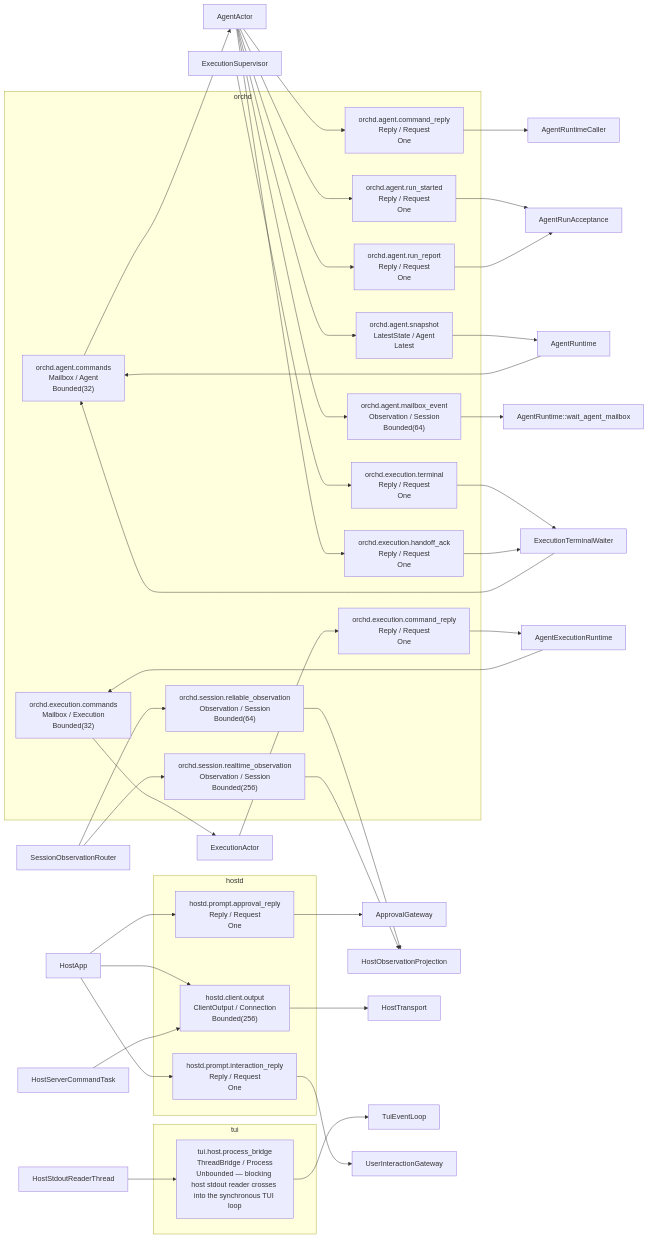
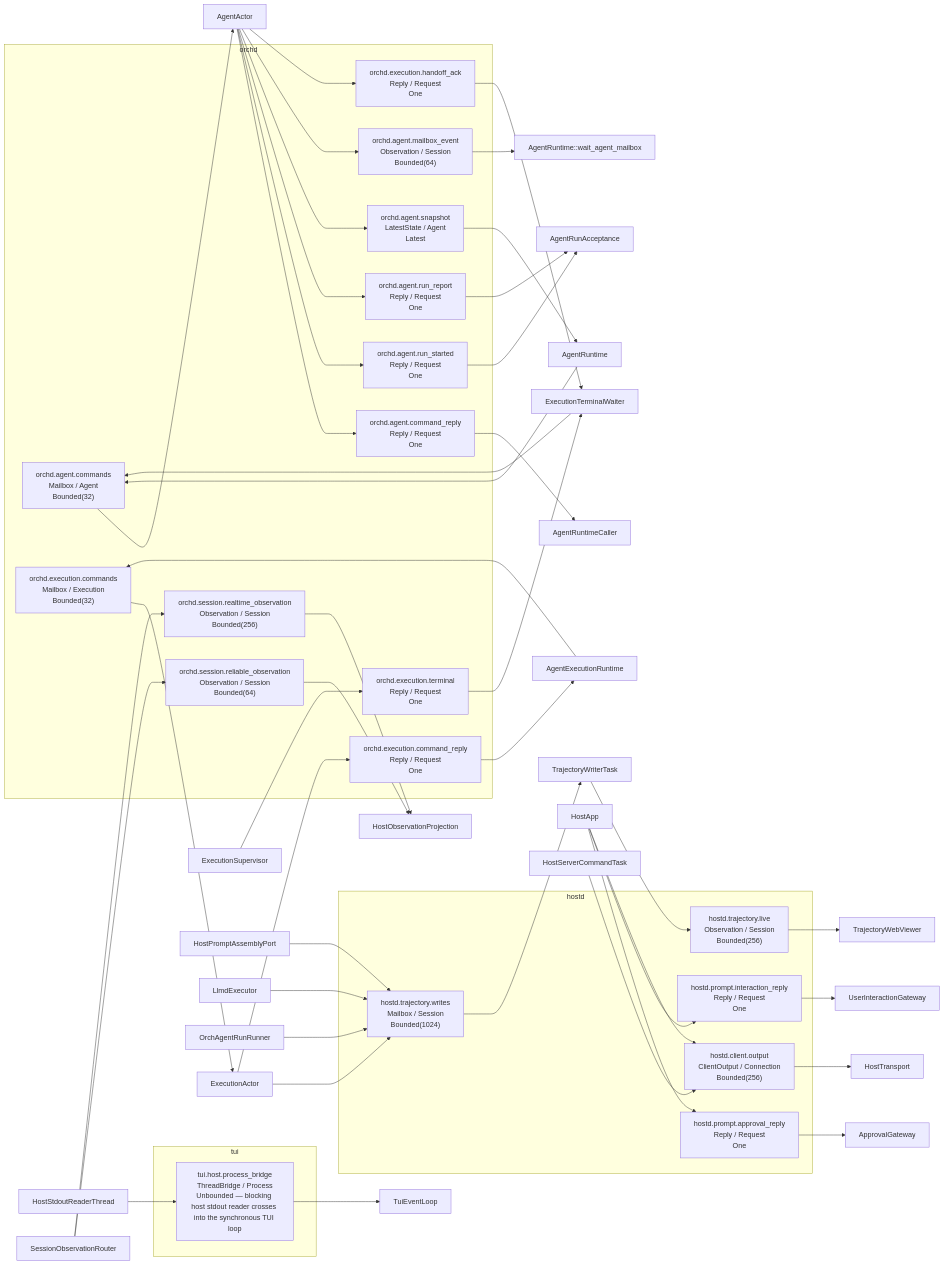
One commit to biuld/piko changed the diagram in docs/generated/communication-topology.md. Above: the diagram before and after it, drawn with Mermaid. The commit also changed 85 other files, not shown here.

First line of the commit message:
feat(hostd,orchd,llmd,tui): durable agent run trajectory with web viewer (F-36/D-49/D-50)

````diff
--- a/docs/generated/communication-topology.md
+++ b/docs/generated/communication-topology.md
@@ -8,6 +8,8 @@
         nhostd_prompt_approval_reply["hostd.prompt.approval_reply<br/>Reply / Request<br/>One"]
         nhostd_prompt_interaction_reply["hostd.prompt.interaction_reply<br/>Reply / Request<br/>One"]
         nhostd_client_output["hostd.client.output<br/>ClientOutput / Connection<br/>Bounded(256)"]
+        nhostd_trajectory_writes["hostd.trajectory.writes<br/>Mailbox / Session<br/>Bounded(1024)"]
+        nhostd_trajectory_live["hostd.trajectory.live<br/>Observation / Session<br/>Bounded(256)"]
     end
     subgraph orchd["orchd"]
         norchd_agent_commands["orchd.agent.commands<br/>Mailbox / Agent<br/>Bounded(32)"]
@@ -38,10 +40,15 @@
     ncomponent_ExecutionTerminalWaiter["ExecutionTerminalWaiter"]
     ncomponent_HostApp["HostApp"]
     ncomponent_HostObservationProjection["HostObservationProjection"]
+    ncomponent_HostPromptAssemblyPort["HostPromptAssemblyPort"]
     ncomponent_HostServerCommandTask["HostServerCommandTask"]
     ncomponent_HostStdoutReaderThread["HostStdoutReaderThread"]
     ncomponent_HostTransport["HostTransport"]
+    ncomponent_LlmdExecutor["LlmdExecutor"]
+    ncomponent_OrchAgentRunRunner["OrchAgentRunRunner"]
     ncomponent_SessionObservationRouter["SessionObservationRouter"]
+    ncomponent_TrajectoryWebViewer["TrajectoryWebViewer"]
+    ncomponent_TrajectoryWriterTask["TrajectoryWriterTask"]
     ncomponent_TuiEventLoop["TuiEventLoop"]
     ncomponent_UserInteractionGateway["UserInteractionGateway"]
     ncomponent_AgentRuntime --> norchd_agent_commands
@@ -78,4 +85,11 @@
     ncomponent_HostApp --> nhostd_client_output
     ncomponent_HostServerCommandTask --> nhostd_client_output
     nhostd_client_output --> ncomponent_HostTransport
+    ncomponent_OrchAgentRunRunner --> nhostd_trajectory_writes
+    ncomponent_LlmdExecutor --> nhostd_trajectory_writes
+    ncomponent_HostPromptAssemblyPort --> nhostd_trajectory_writes
+    ncomponent_ExecutionActor --> nhostd_trajectory_writes
+    nhostd_trajectory_writes --> ncomponent_TrajectoryWriterTask
+    ncomponent_TrajectoryWriterTask --> nhostd_trajectory_live
+    nhostd_trajectory_live --> ncomponent_TrajectoryWebViewer
 ```
````
